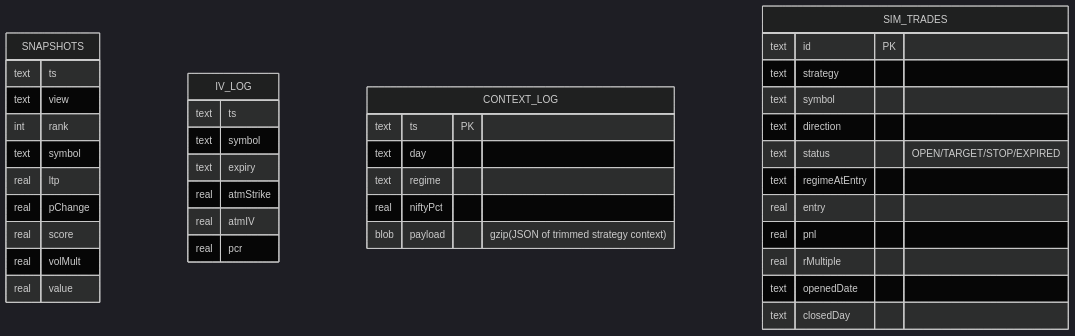
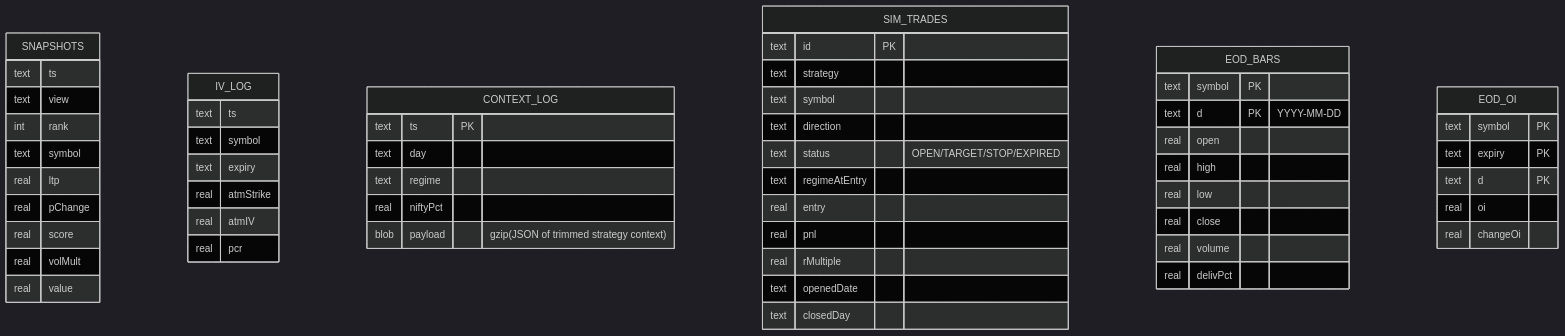
One commit to aakash-jain-1/nse-market-pulse changed the sixth of 7 diagrams in README.md. Above: the diagram before and after it, drawn with Mermaid (dark theme). The commit also changed other lines of this file and 5 other files, not shown here.

````diff
--- a/README.md
+++ b/README.md
@@ -300,42 +304,59 @@
 ```mermaid
 erDiagram
     SNAPSHOTS {
         text ts
         text view
         int rank
         text symbol
         real ltp
         real pChange
         real score
         real volMult
         real value
     }
     IV_LOG {
         text ts
         text symbol
         text expiry
         real atmStrike
         real atmIV
         real pcr
     }
     CONTEXT_LOG {
         text ts PK
         text day
         text regime
         real niftyPct
         blob payload "gzip(JSON of trimmed strategy context)"
     }
     SIM_TRADES {
         text id PK
         text strategy
         text symbol
         text direction
         text status "OPEN/TARGET/STOP/EXPIRED"
         text regimeAtEntry
         real entry
         real pnl
         real rMultiple
         text openedDate
         text closedDay
     }
+    EOD_BARS {
+        text symbol PK
+        text d PK "YYYY-MM-DD"
+        real open
+        real high
+        real low
+        real close
+        real volume
+        real delivPct
+    }
+    EOD_OI {
+        text symbol PK
+        text expiry PK
+        text d PK
+        real oi
+        real changeOi
+    }
 ```
````
